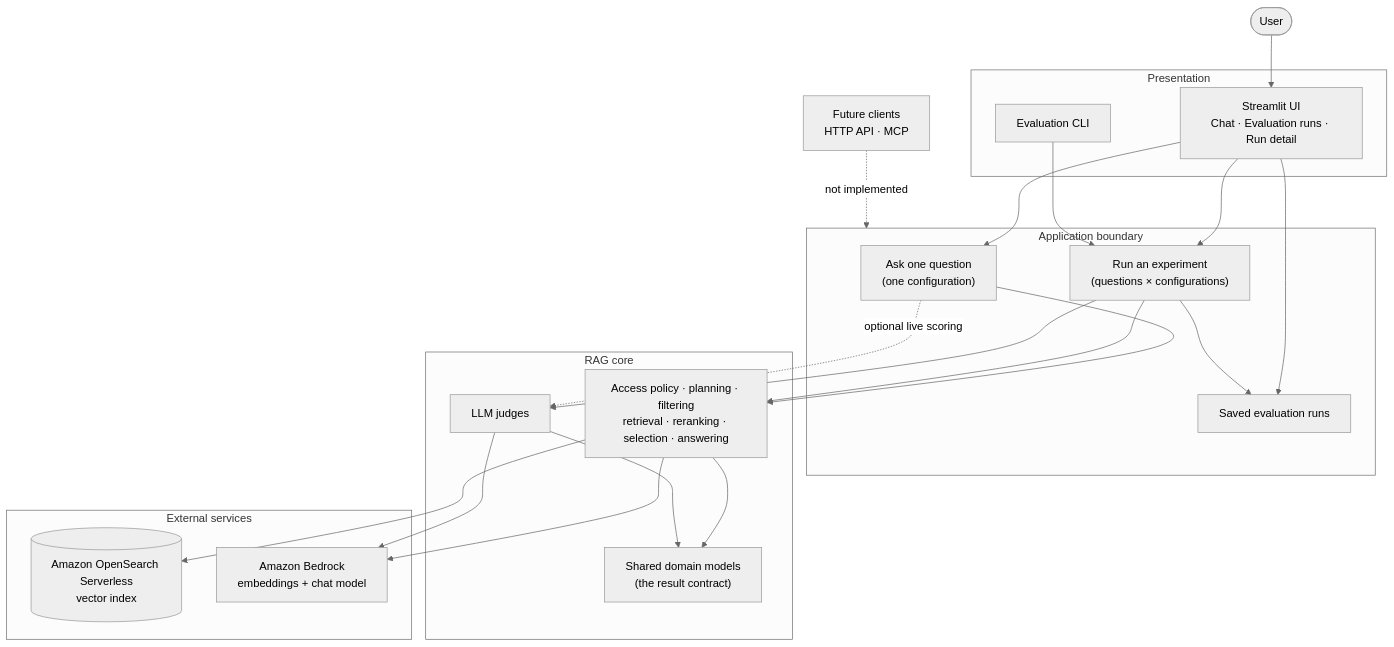
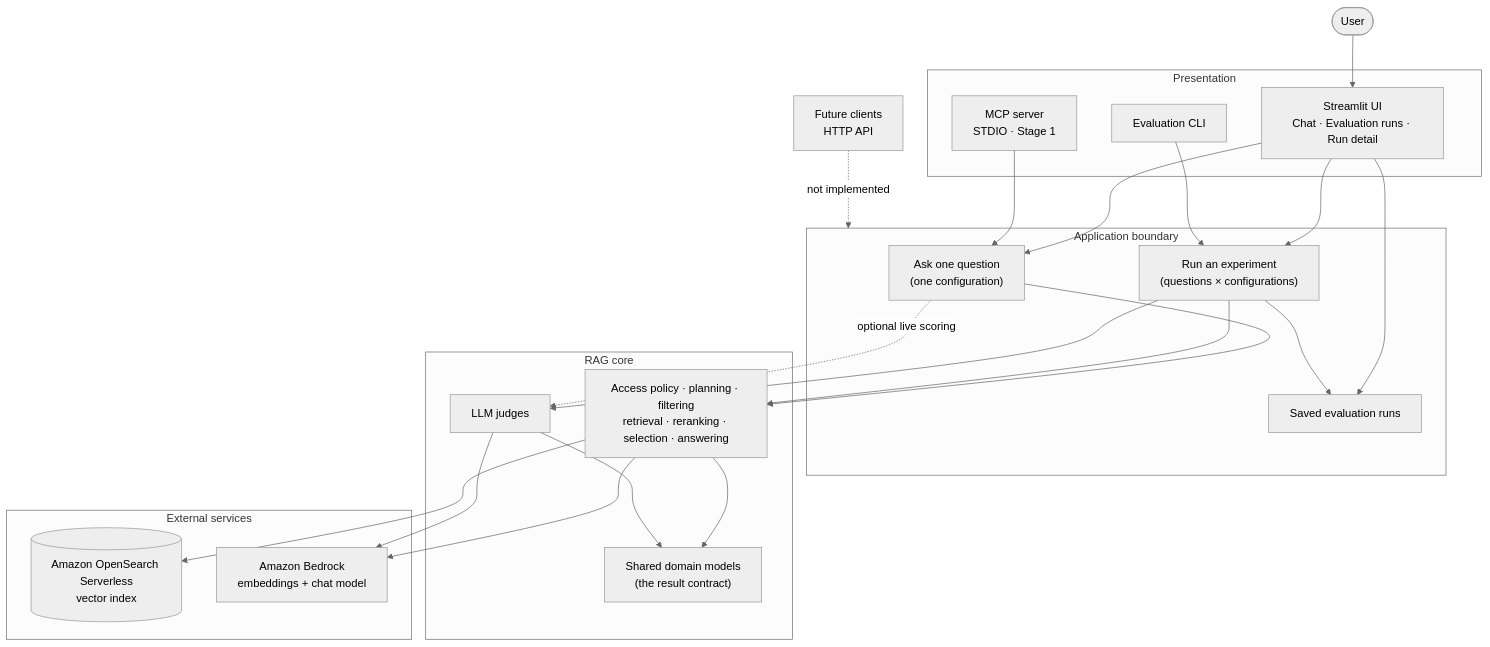
Before and after one commit to mosheostro/Novaops-intelligent-RAG: the first of 5 diagrams in docs/project-overview.md, drawn with Mermaid (neutral theme). The commit also changed other lines of this file and 19 other files, not shown here.

Commit message:
feat: add Stage 1 MCP server and client

````diff
--- a/docs/project-overview.md
+++ b/docs/project-overview.md
@@ -41,45 +41,47 @@
 ```mermaid
 flowchart TB
     user(["User"])
 
     subgraph presentation["Presentation"]
         ui["Streamlit UI<br/>Chat · Evaluation runs · Run detail"]
         cli["Evaluation CLI"]
+        mcpsrv["MCP server<br/>STDIO · Stage 1"]
     end
 
     subgraph application["Application boundary"]
         askuc["Ask one question<br/>(one configuration)"]
         evaluc["Run an experiment<br/>(questions × configurations)"]
         runstore["Saved evaluation runs"]
     end
 
     subgraph core["RAG core"]
         pipeline["Access policy · planning · filtering<br/>retrieval · reranking · selection · answering"]
         judges["LLM judges"]
         models["Shared domain models<br/>(the result contract)"]
     end
 
     subgraph infra["External services"]
         os[("Amazon OpenSearch Serverless<br/>vector index")]
         br["Amazon Bedrock<br/>embeddings + chat model"]
     end
 
-    future["Future clients<br/>HTTP API · MCP"]
+    future["Future clients<br/>HTTP API"]
 
     user --> ui
     ui --> askuc
     ui --> evaluc
     ui --> runstore
     cli --> evaluc
+    mcpsrv --> askuc
     future -. "not implemented" .-> application
     askuc --> pipeline
     evaluc --> pipeline
     evaluc --> judges
     askuc -. "optional live scoring" .-> judges
     evaluc --> runstore
     pipeline --> models
     judges --> models
     pipeline --> os
     pipeline --> br
     judges --> br
 ```
````
